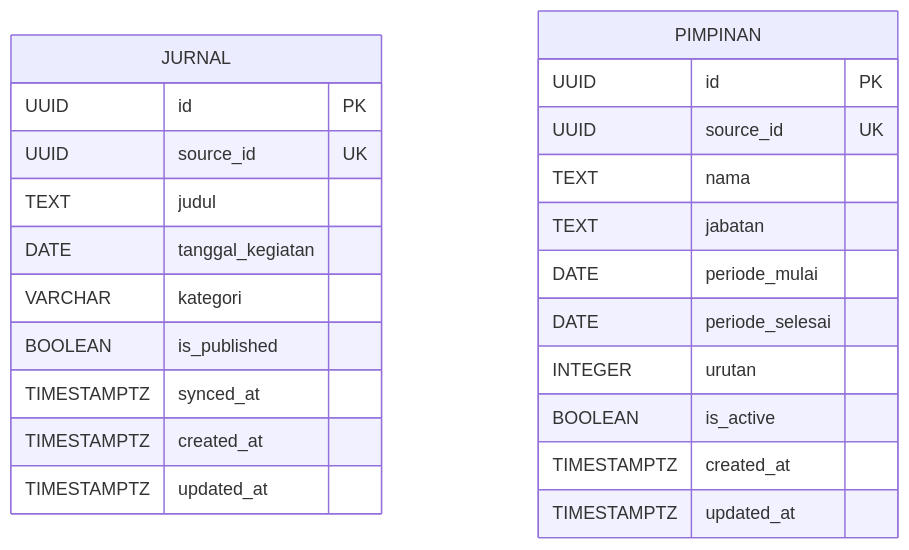
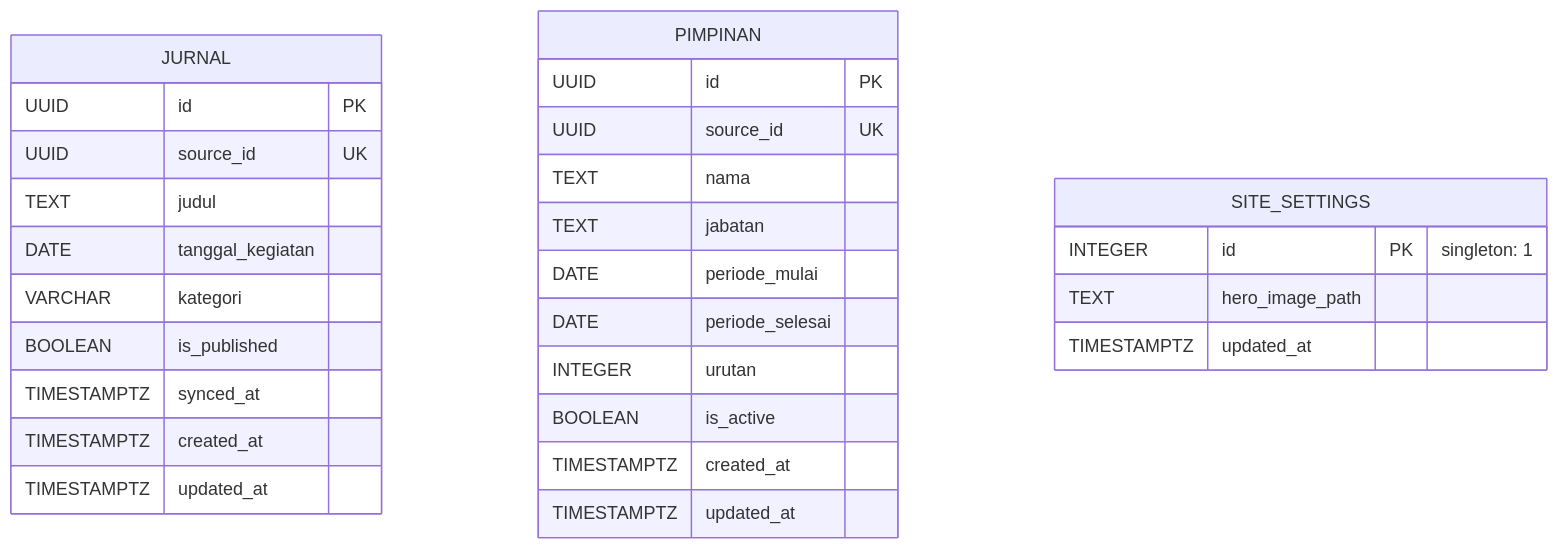
Before and after one commit to MohammadNasrullohh/etalase: the diagram in docs/architecture/ERD.md, drawn with Mermaid. The commit also changed other lines of this file and 28 other files, not shown here.

````diff
--- a/docs/architecture/ERD.md
+++ b/docs/architecture/ERD.md
@@ -5,27 +5,33 @@
 ```mermaid
 erDiagram
     JURNAL {
         UUID id PK
         UUID source_id UK
         TEXT judul
         DATE tanggal_kegiatan
         VARCHAR kategori
         BOOLEAN is_published
         TIMESTAMPTZ synced_at
         TIMESTAMPTZ created_at
         TIMESTAMPTZ updated_at
     }
 
     PIMPINAN {
         UUID id PK
         UUID source_id UK
         TEXT nama
         TEXT jabatan
         DATE periode_mulai
         DATE periode_selesai
         INTEGER urutan
         BOOLEAN is_active
         TIMESTAMPTZ created_at
         TIMESTAMPTZ updated_at
     }
+
+    SITE_SETTINGS {
+        INTEGER id PK "singleton: 1"
+        TEXT hero_image_path
+        TIMESTAMPTZ updated_at
+    }
 ```
````
